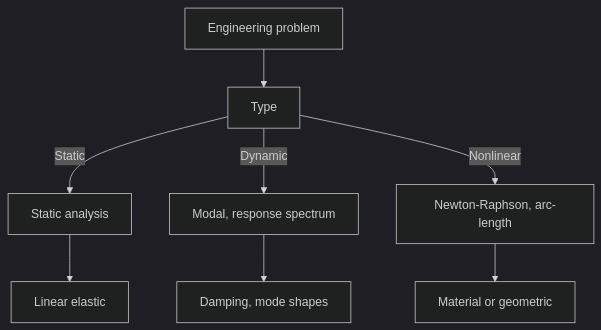
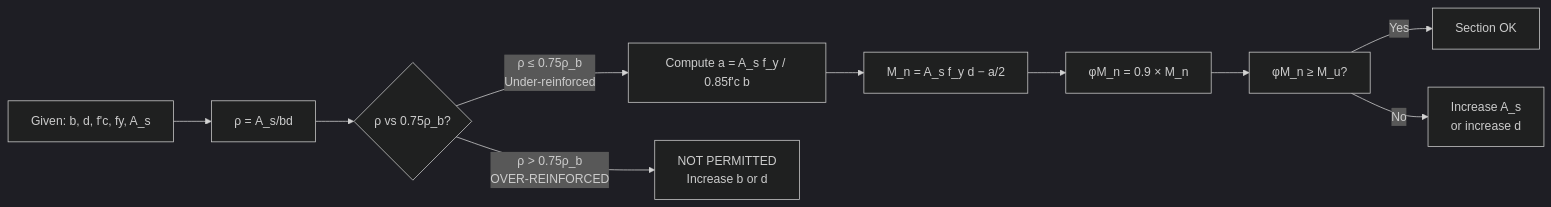
Before and after one commit to yip-lgtm/civil-bootcamp: the fourth of 7 diagrams in MIT_CEE_Core/Track_2_Mechanics_Materials/Structural_Design/03_1.036_Structural_Mechanics_and_Design.md, drawn with Mermaid (dark theme). The commit also changed other lines of this file and 21 other files, not shown here.

````diff
--- a/MIT_CEE_Core/Track_2_Mechanics_Materials/Structural_Design/03_1.036_Structural_Mechanics_and_Design.md
+++ b/MIT_CEE_Core/Track_2_Mechanics_Materials/Structural_Design/03_1.036_Structural_Mechanics_and_Design.md
@@ -282,10 +426,12 @@
 ```mermaid
-flowchart TD
-    A[Engineering problem] --> B[Type]
-    B -->|Static| C[Static analysis]
-    B -->|Dynamic| D[Modal, response spectrum]
-    B -->|Nonlinear| E[Newton-Raphson, arc-length]
-    C --> F[Linear elastic]
-    D --> G[Damping, mode shapes]
-    E --> H[Material or geometric]
+flowchart LR
+    A[Given: b, d, f'c, fy, A_s] --> B[ρ = A_s/bd]
+    B --> C{ρ vs 0.75ρ_b?}
+    C -->|ρ ≤ 0.75ρ_b<br/>Under-reinforced| D[Compute a = A_s f_y / 0.85f'c b]
+    C -->|ρ > 0.75ρ_b<br/>OVER-REINFORCED| E[NOT PERMITTED<br/>Increase b or d]
+    D --> F[M_n = A_s f_y d − a/2]
+    F --> G[φM_n = 0.9 × M_n]
+    G --> H[φM_n ≥ M_u?]
+    H -->|Yes| I[Section OK]
+    H -->|No| J[Increase A_s<br/>or increase d]
 ```
````
